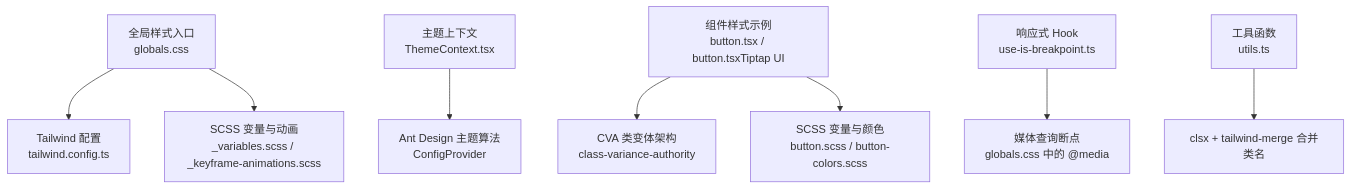
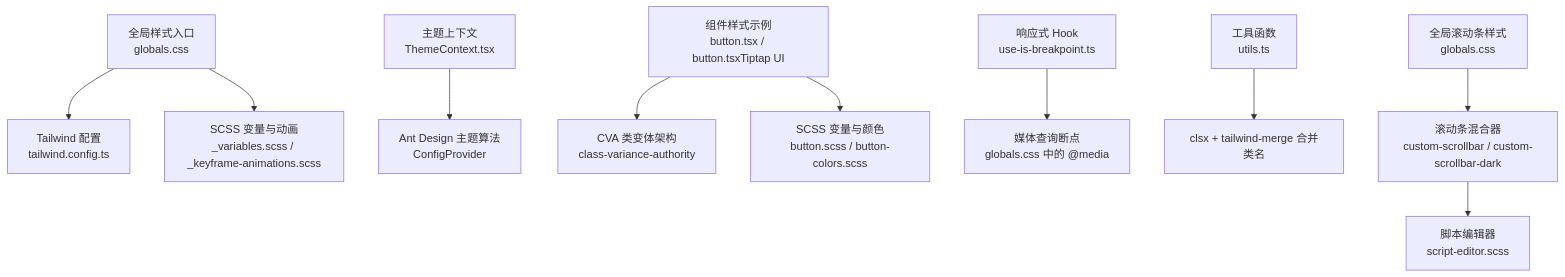
One commit to KunLabAI/KunFlix changed the first of 10 diagrams in .qoder/repowiki/zh/content/前端应用架构/UI组件库/主题与样式系统.md. Above: the diagram before and after it, drawn with Mermaid. The commit also changed other lines of this file and 9 other files, not shown here.

````diff
--- a/.qoder/repowiki/zh/content/前端应用架构/UI组件库/主题与样式系统.md
+++ b/.qoder/repowiki/zh/content/前端应用架构/UI组件库/主题与样式系统.md
@@ -46,10 +58,12 @@
 ```mermaid
 graph TB
 A["全局样式入口<br/>globals.css"] --> B["Tailwind 配置<br/>tailwind.config.ts"]
 A --> C["SCSS 变量与动画<br/>_variables.scss / _keyframe-animations.scss"]
 D["主题上下文<br/>ThemeContext.tsx"] --> E["Ant Design 主题算法<br/>ConfigProvider"]
 F["组件样式示例<br/>button.tsx / button.tsxTiptap UI"] --> G["CVA 类变体架构<br/>class-variance-authority"]
 F --> H["SCSS 变量与颜色<br/>button.scss / button-colors.scss"]
 I["响应式 Hook<br/>use-is-breakpoint.ts"] --> J["媒体查询断点<br/>globals.css 中的 @media"]
 K["工具函数<br/>utils.ts"] --> L["clsx + tailwind-merge 合并类名"]
+M["滚动条混合器<br/>custom-scrollbar / custom-scrollbar-dark"] --> N["脚本编辑器<br/>script-editor.scss"]
+O["全局滚动条样式<br/>globals.css"] --> M
 ```
````
